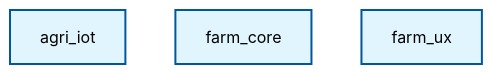
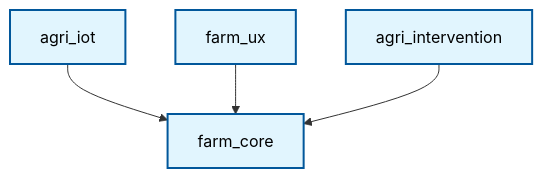
One commit to jeffery9/odoo-farm changed the first of 4 diagrams in docs/technical/architecture/MODULE_DEPENDENCY_GRAPH.md. Above: the diagram before and after it, drawn with Mermaid. The commit also changed other lines of this file and 146 other files, not shown here.

First line of the commit message:
docs(ecosystem): update technical architecture and precision agriculture specifications

````diff
--- a/docs/technical/architecture/MODULE_DEPENDENCY_GRAPH.md
+++ b/docs/technical/architecture/MODULE_DEPENDENCY_GRAPH.md
@@ -7,8 +7,13 @@
 ```mermaid
 graph TD
     classDef default fill:#fefefe,stroke:#333,stroke-width:1px,color:#000;
     classDef highlight fill:#e1f5fe,stroke:#01579b,stroke-width:2px,color:#000;
     agri_iot["agri_iot"]:::highlight
     farm_core["farm_core"]:::highlight
     farm_ux["farm_ux"]:::highlight
+    agri_intervention["agri_intervention"]:::highlight
+
+    agri_iot --> farm_core
+    farm_ux --> farm_core
+    agri_intervention --> farm_core
 ```
````
